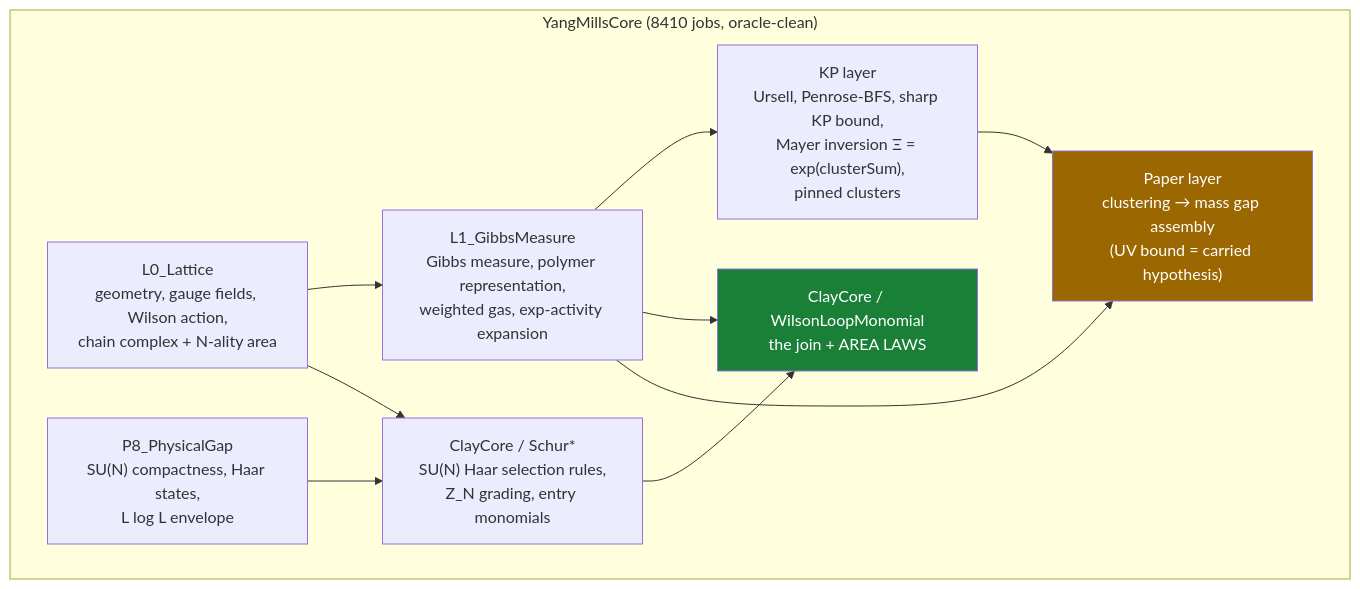
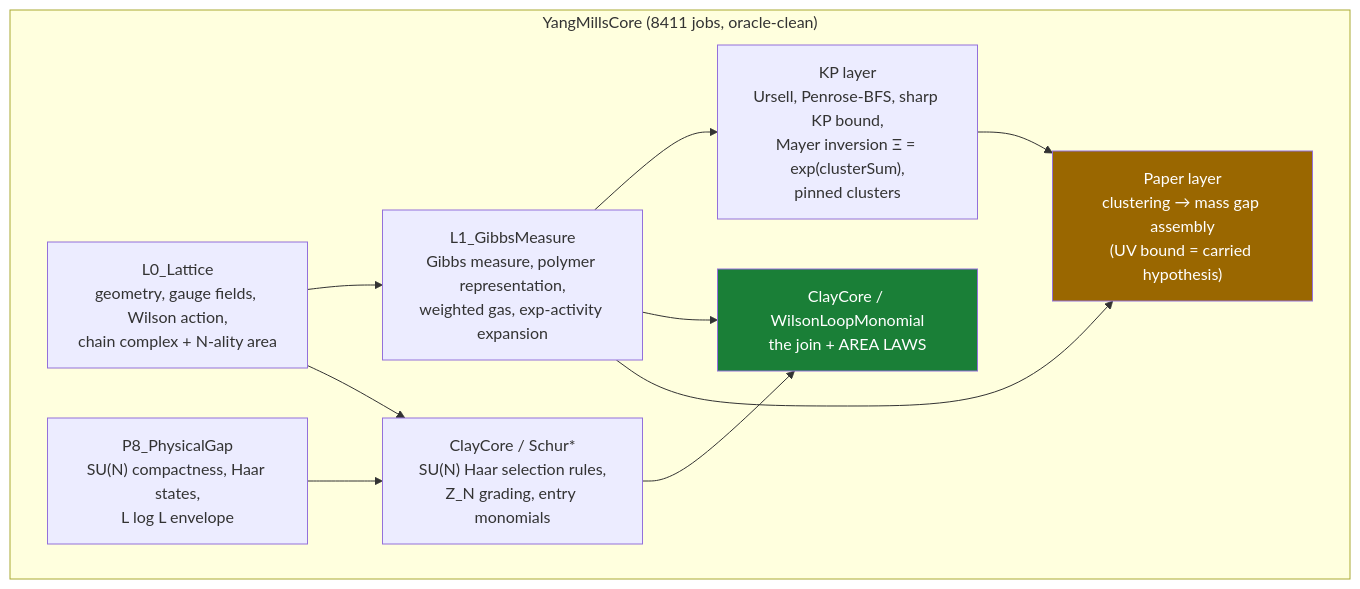
Before and after one commit to lluiseriksson/THE-ERIKSSON-PROGRAMME: the diagram in README.md, drawn with Mermaid. The commit also changed other lines of this file and 11 other files, not shown here.

````diff
--- a/README.md
+++ b/README.md
@@ -363,20 +363,20 @@
 ```mermaid
 graph TD
-    subgraph core["YangMillsCore  (8410 jobs, oracle-clean)"]
+    subgraph core["YangMillsCore  (8411 jobs, oracle-clean)"]
         L0["L0_Lattice<br/>geometry, gauge fields, Wilson action,<br/>chain complex + N-ality area"]
         L1["L1_GibbsMeasure<br/>Gibbs measure, polymer representation,<br/>weighted gas, exp-activity expansion"]
         KP["KP layer<br/>Ursell, Penrose-BFS, sharp KP bound,<br/>Mayer inversion Ξ = exp(clusterSum),<br/>pinned clusters"]
         SCHUR["ClayCore / Schur*<br/>SU(N) Haar selection rules,<br/>Z_N grading, entry monomials"]
         WLM["ClayCore / WilsonLoopMonomial<br/>the join + AREA LAWS"]
         PAPER["Paper layer<br/>clustering → mass gap assembly<br/>(UV bound = carried hypothesis)"]
         P8["P8_PhysicalGap<br/>SU(N) compactness, Haar states,<br/>L log L envelope"]
     end
     L0 --> L1 --> KP
     L0 --> SCHUR --> WLM
     L1 --> WLM
     L1 --> PAPER
     KP --> PAPER
     P8 --> SCHUR
     style WLM fill:#1a7f37,color:#fff
     style PAPER fill:#9a6700,color:#fff
 ```
````
